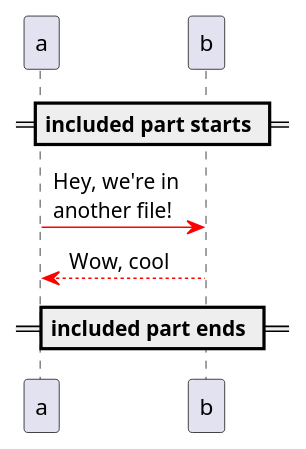
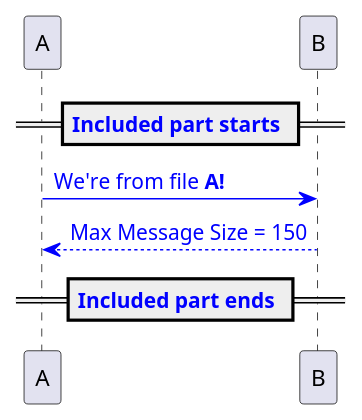
The diagram in include_part_a.puml (NEKharichkin/analyst-boost), drawn with PlantUML before and after one commit. The commit also changed 2 other files, not shown here.

Commit message:
modified:   include_aggregate.puml 	modified:   include_part_a.puml 	new file:   include_part_b.puml

```diff
--- a/include_part_a.puml
+++ b/include_part_a.puml
@@ -1,7 +1,7 @@
 @startuml include_part_a
-skinparam MaxMessageSize 100
-== included part starts ==
-a-[#red]>b: Hey, we're in another file!
-a<-[#red]-b: Wow, cool
-== included part ends ==
+skinparam MaxMessageSize 150
+== <color #blue>Included part starts </color>==
+A-[#blue]>B: <color #blue>We're from file **A!**</color>
+A<-[#blue]-B: <color #blue>Max Message Size = 150</color>
+== <color #blue>Included part ends </color>==
 @enduml
```
